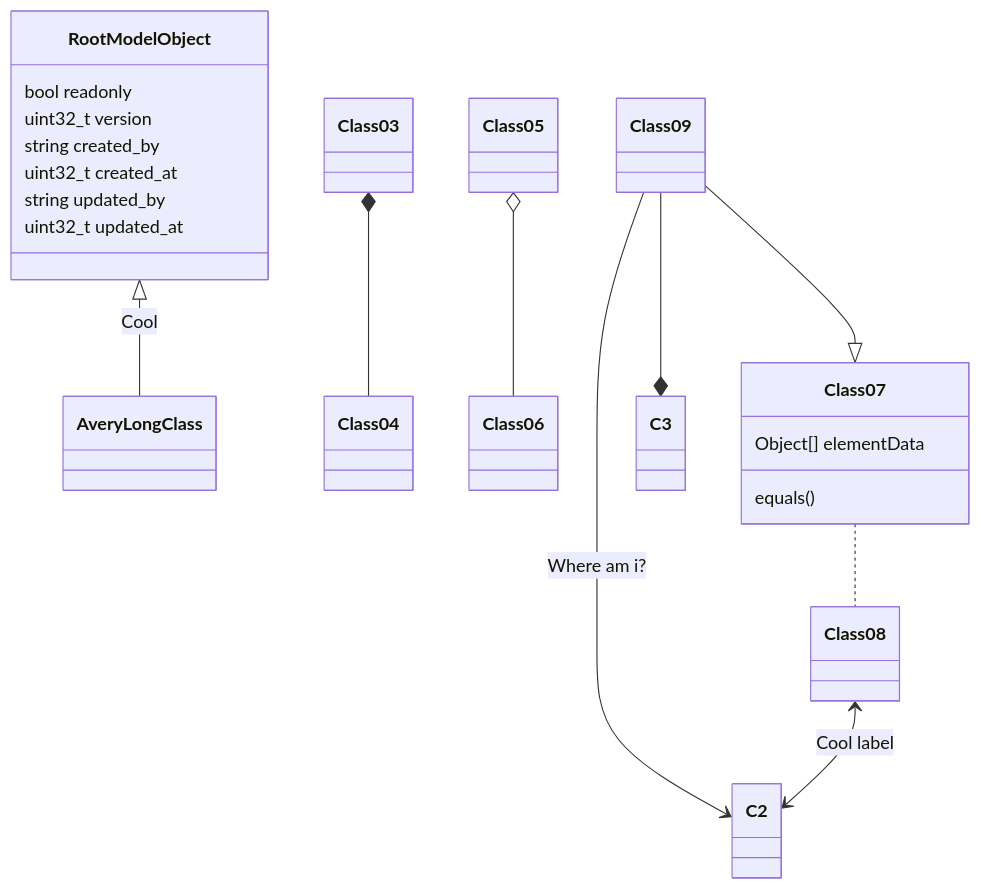
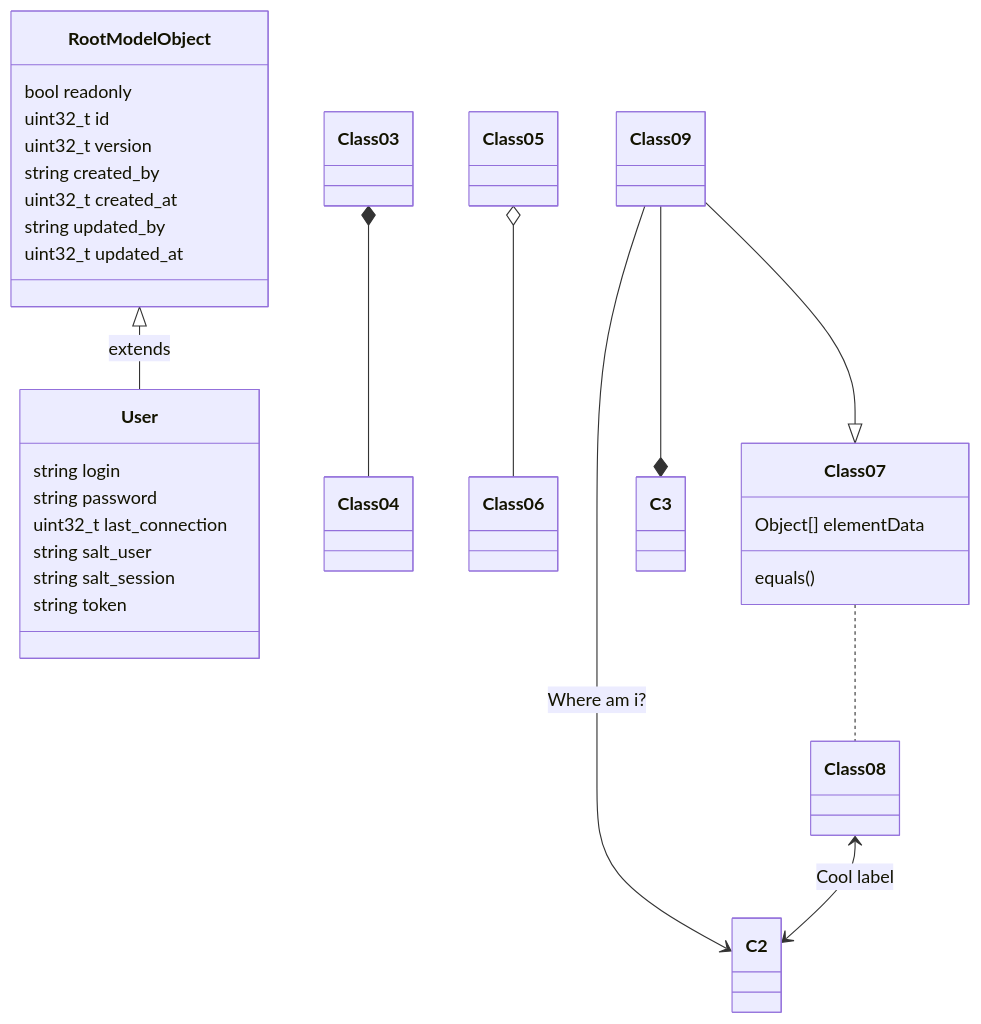
One commit to MGuillaumeF/hangman-game changed the diagram in wiki/dev-rules.md. Above: the diagram before and after it, drawn with Mermaid.

````diff
--- a/wiki/dev-rules.md
+++ b/wiki/dev-rules.md
@@ -57,20 +57,27 @@
 ```mermaid
 classDiagram
-RootModelObject <|-- AveryLongClass : Cool
+RootModelObject <|-- User : extends
 Class03 *-- Class04
 Class05 o-- Class06
 Class07 .. Class08
 Class09 --> C2 : Where am i?
 Class09 --* C3
 Class09 --|> Class07
 Class07 : equals()
 Class07 : Object[] elementData
 RootModelObject : bool readonly
+RootModelObject : uint32_t id
 RootModelObject : uint32_t version
 RootModelObject : string created_by
 RootModelObject : uint32_t created_at
 RootModelObject : string updated_by
 RootModelObject : uint32_t updated_at
+User : string login
+User : string password
+User : uint32_t last_connection
+User : string salt_user
+User : string salt_session
+User : string token
 Class08 <--> C2: Cool label
 
 ```
````
